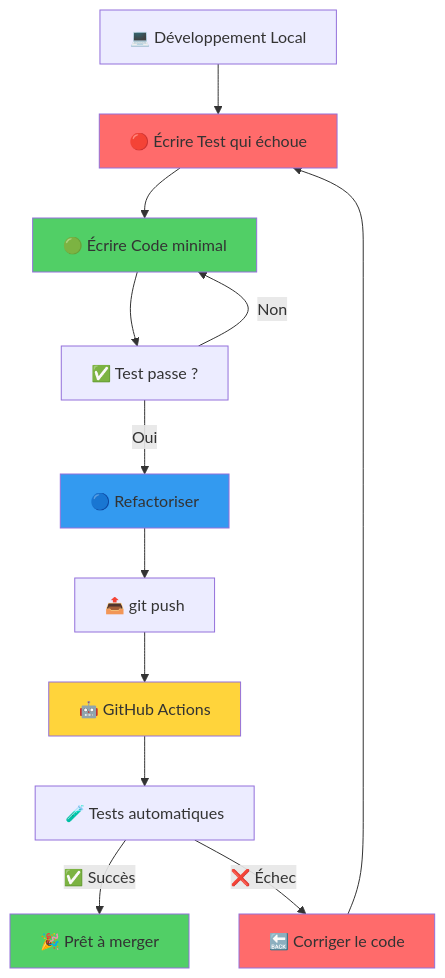
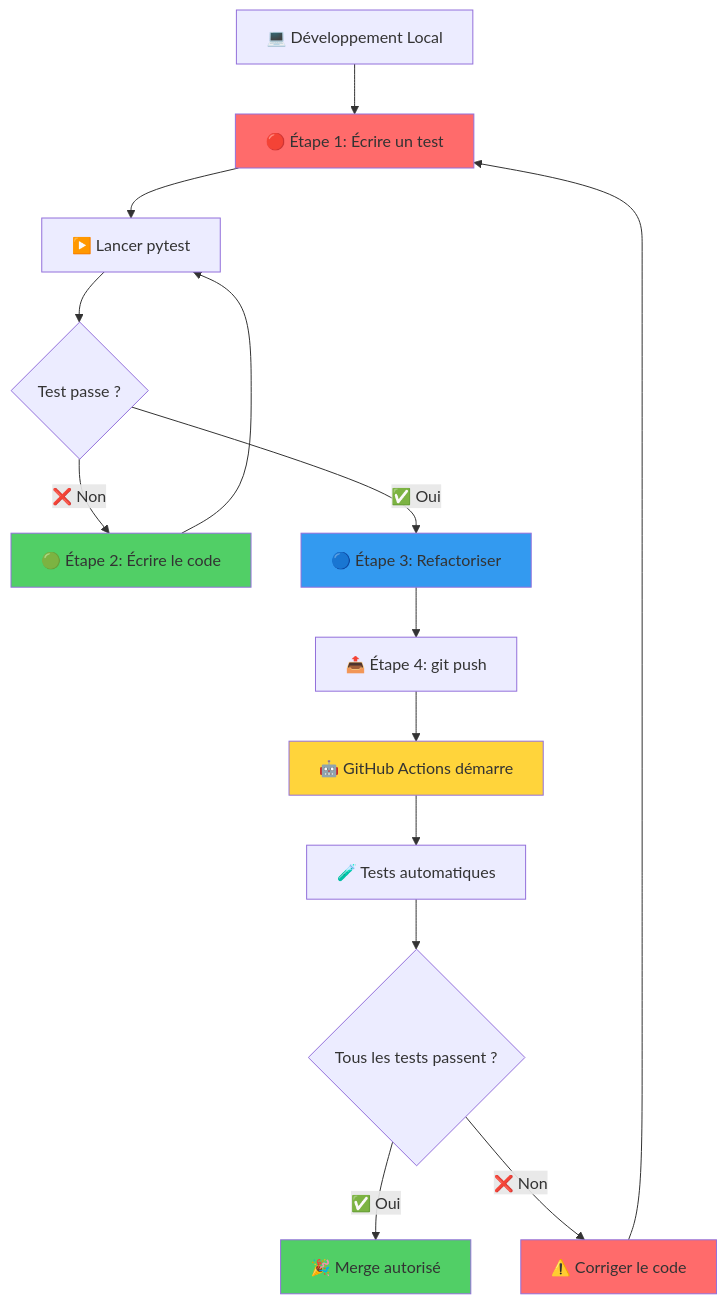
One commit to umons-ig/edl-solution changed the diagram in README.md. Above: the diagram before and after it, drawn with Mermaid. The commit also changed other lines of this file, not shown here.

Commit message:
docs: add explicit test pass/fail conditions to diagrams
Make workflow steps clearer for students:
- Add numbered steps (Étape 1, 2, 3, 4)
- Clear decision points: 'Test passe ?' and 'Tous les tests passent ?'
- Explicit paths showing what happens when tests fail vs pass
- Replace complex sequence diagram with simple bullet list
- Separate local workflow from GitHub automation
- Show actual commands students will run (uv run pytest)

````diff
--- a/README.md
+++ b/README.md
@@ -173,21 +173,23 @@
 ```mermaid
 graph TD
-    A[💻 Développement Local] --> B[🔴 Écrire Test qui échoue]
-    B --> C[🟢 Écrire Code minimal]
-    C --> D[✅ Test passe ?]
-    D -->|Oui| E[🔵 Refactoriser]
-    D -->|Non| C
-    E --> F[📤 git push]
-    F --> G[🤖 GitHub Actions]
-    G --> H[🧪 Tests automatiques]
-    H -->|✅ Succès| I[🎉 Prêt à merger]
-    H -->|❌ Échec| J[🔙 Corriger le code]
-    J --> B
+    A[💻 Développement Local] --> B[🔴 Étape 1: Écrire un test]
+    B --> C[▶️ Lancer pytest]
+    C --> D{Test passe ?}
+    D -->|❌ Non| E[🟢 Étape 2: Écrire le code]
+    E --> C
+    D -->|✅ Oui| F[🔵 Étape 3: Refactoriser]
+    F --> G[📤 Étape 4: git push]
+    G --> H[🤖 GitHub Actions démarre]
+    H --> I[🧪 Tests automatiques]
+    I --> J{Tous les tests passent ?}
+    J -->|✅ Oui| K[🎉 Merge autorisé]
+    J -->|❌ Non| L[⚠️ Corriger le code]
+    L --> B
 
     style B fill:#ff6b6b
-    style C fill:#51cf66
-    style E fill:#339af0
-    style G fill:#ffd43b
-    style I fill:#51cf66
-    style J fill:#ff6b6b
+    style E fill:#51cf66
+    style F fill:#339af0
+    style H fill:#ffd43b
+    style K fill:#51cf66
+    style L fill:#ff6b6b
 ```
````
